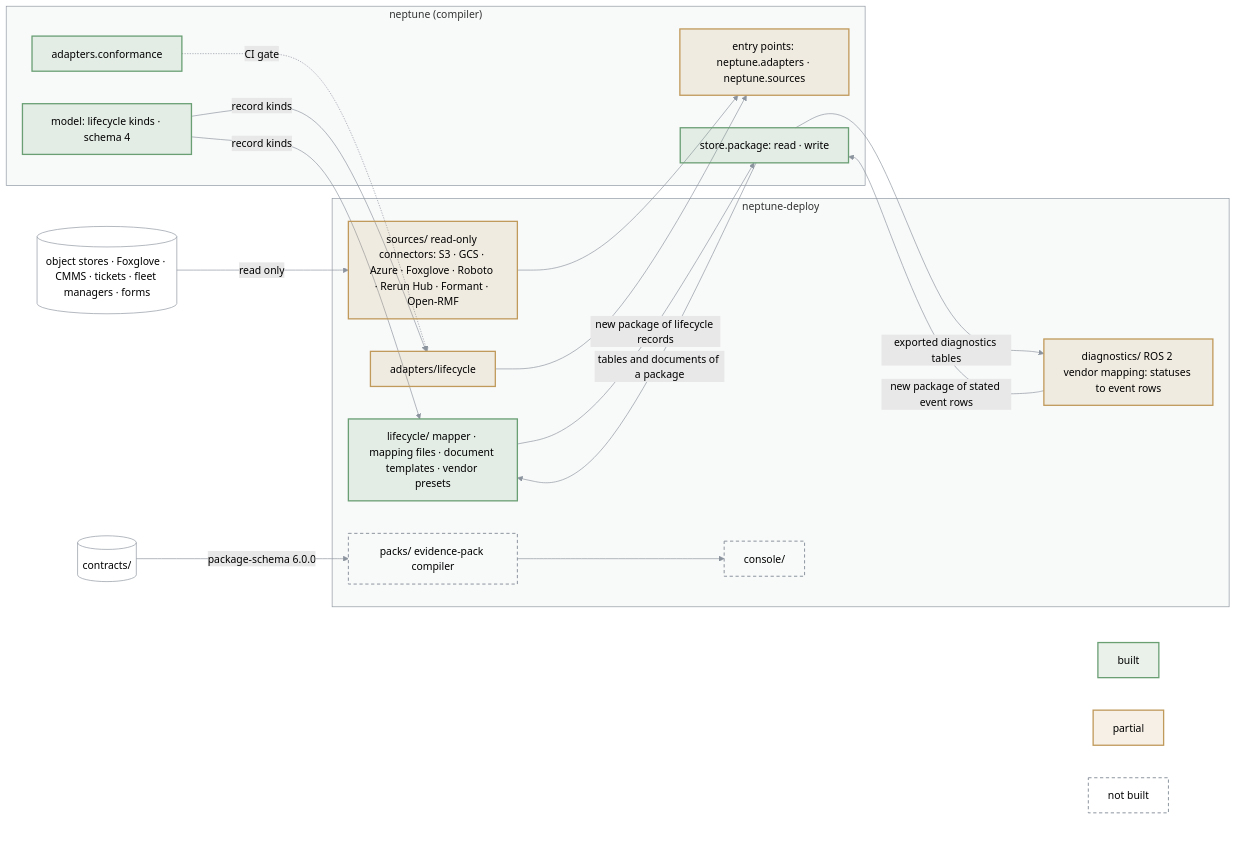
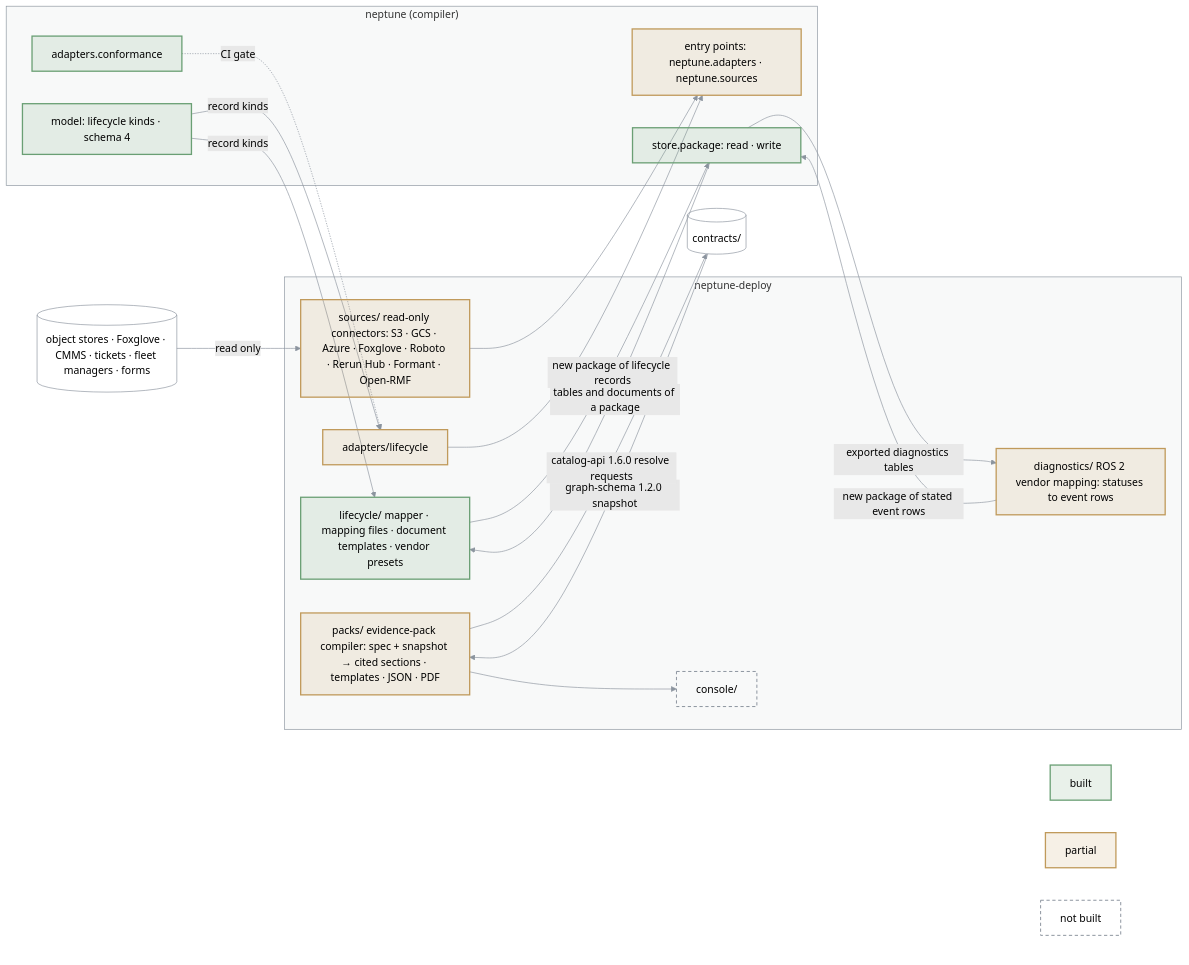
Before and after one commit to bennytay/neptune: the diagram in packages/neptune-deploy/ARCHITECTURE.md, drawn with Mermaid (forest theme). The commit also changed 15 other files, not shown here.

First line of the commit message:
test(deploy): pack compiler tests, ADR 0013 and contract pins

````diff
--- a/packages/neptune-deploy/ARCHITECTURE.md
+++ b/packages/neptune-deploy/ARCHITECTURE.md
@@ -3,52 +3,53 @@
 ```mermaid
 flowchart LR
   EXT[("object stores · Foxglove · CMMS · tickets · fleet managers · forms")]
   subgraph P["neptune-deploy"]
     SRC["sources/ read-only connectors: S3 · GCS · Azure · Foxglove · Roboto · Rerun Hub · Formant · Open-RMF"]
     LIF["adapters/lifecycle"]
     MAP["lifecycle/ mapper · mapping files · document templates · vendor presets"]
     DIAG["diagnostics/ ROS 2 vendor mapping: statuses to event rows"]
-    PACKS["packs/ evidence-pack compiler"]
+    PACKS["packs/ evidence-pack compiler: spec + snapshot → cited sections · templates · JSON · PDF"]
     CONSOLE["console/"]
   end
   subgraph C["neptune (compiler)"]
     EP["entry points: neptune.adapters · neptune.sources"]
     CONF["adapters.conformance"]
     MODEL["model: lifecycle kinds · schema 4"]
     STORE["store.package: read · write"]
   end
   CON[("contracts/")]
 
   EXT -->|read only| SRC
   SRC --> EP
   LIF --> EP
   CONF -.->|CI gate| LIF
   MODEL -->|record kinds| LIF
   STORE -->|tables and documents of a package| MAP
   MAP -->|new package of lifecycle records| STORE
   MODEL -->|record kinds| MAP
   STORE -->|exported diagnostics tables| DIAG
   DIAG -->|new package of stated event rows| STORE
-  CON -->|package-schema 6.0.0| PACKS
+  CON -->|graph-schema 1.2.0 snapshot| PACKS
+  PACKS -->|catalog-api 1.6.0 resolve requests| CON
   PACKS --> CONSOLE
 
   subgraph KEY[" "]
     K1["built"]
     K2["partial"]
     K3["not built"]
   end
   CONSOLE ~~~ K1 & K2 & K3
 
   classDef built fill:#6a9f7426,stroke:#6a9f74,stroke-width:2px
   classDef partial fill:#c09a5b26,stroke:#c09a5b,stroke-width:2px
   classDef todo fill:none,stroke:#8b949e,stroke-width:1.5px,stroke-dasharray:5 4
   classDef ext fill:none,stroke:#8b949e,stroke-width:1px
   class K1,CONF,MODEL,STORE,MAP built
-  class K2,LIF,EP,SRC,DIAG partial
-  class PACKS,CONSOLE,K3 todo
+  class K2,LIF,EP,SRC,DIAG,PACKS partial
+  class CONSOLE,K3 todo
   class CON,EXT ext
   style P fill:#8b949e0f,stroke:#8b949e
   style C fill:#8b949e0f,stroke:#8b949e
   style KEY fill:none,stroke:none
   linkStyle default stroke:#8b949e
 ```
````
